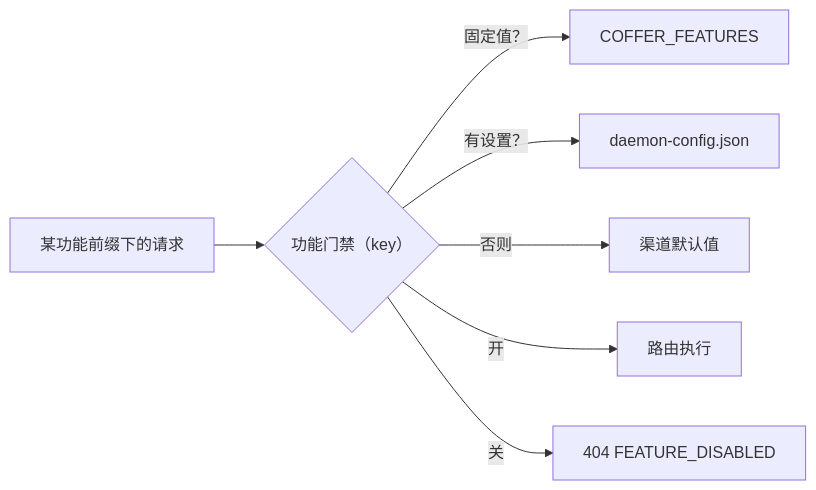
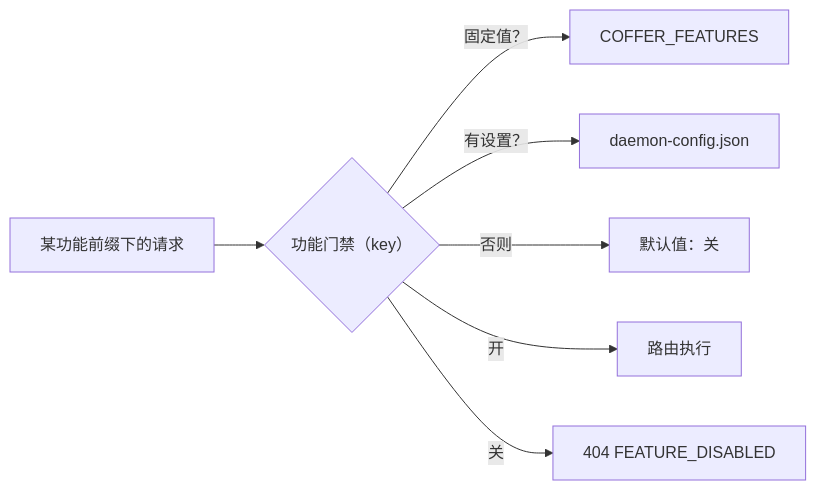
The third of 4 diagrams in docs-site/zh/architecture/distribution.md (wyx-sg/Coffer), drawn with Mermaid before and after one commit. The commit also changed other lines of this file and 1487 other files, not shown here.

````diff
--- a/docs-site/zh/architecture/distribution.md
+++ b/docs-site/zh/architecture/distribution.md
@@ -181,9 +188,9 @@
 ```mermaid
 flowchart LR
     Q["某功能前缀下的请求"] --> G{"功能门禁（key）"}
     G -->|固定值？| P["COFFER_FEATURES"]
     G -->|有设置？| S["daemon-config.json"]
-    G -->|否则| C["渠道默认值"]
+    G -->|否则| C["默认值：关"]
     G -->|开| R["路由执行"]
     G -->|关| X["404 FEATURE_DISABLED"]
 ```
````
